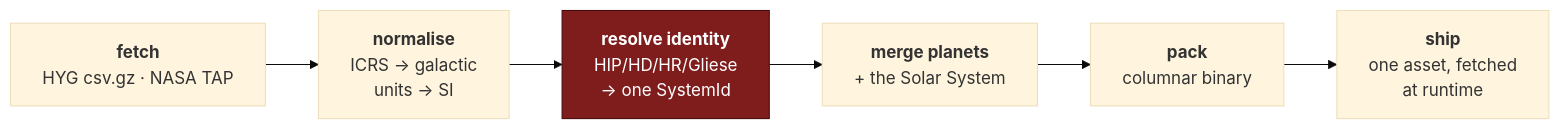
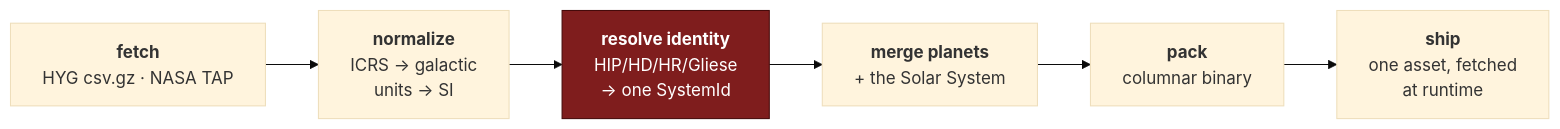
One commit to jonjaques/inertialref changed the diagram in docs/guides/catalogue.md. Above: the diagram before and after it, drawn with Mermaid (base theme). The commit also changed other lines of this file and 83 other files, not shown here.

````diff
--- a/docs/guides/catalogue.md
+++ b/docs/guides/catalogue.md
@@ -52,10 +52,10 @@
 ```mermaid
 flowchart LR
-    RAW["<b>fetch</b><br/>HYG csv.gz · NASA TAP"] --> NORM["<b>normalise</b><br/>ICRS → galactic<br/>units → SI"]
+    RAW["<b>fetch</b><br/>HYG csv.gz · NASA TAP"] --> NORM["<b>normalize</b><br/>ICRS → galactic<br/>units → SI"]
     NORM --> RES["<b>resolve identity</b><br/>HIP/HD/HR/Gliese<br/>→ one SystemId"]
     RES --> MERGE["<b>merge planets</b><br/>+ the Solar System"]
     MERGE --> PACK["<b>pack</b><br/>columnar binary"]
     PACK --> SHIP["<b>ship</b><br/>one asset, fetched<br/>at runtime"]
 
     style RES fill:#7f1d1d,stroke:#450a0a,color:#fff
 ```
````
